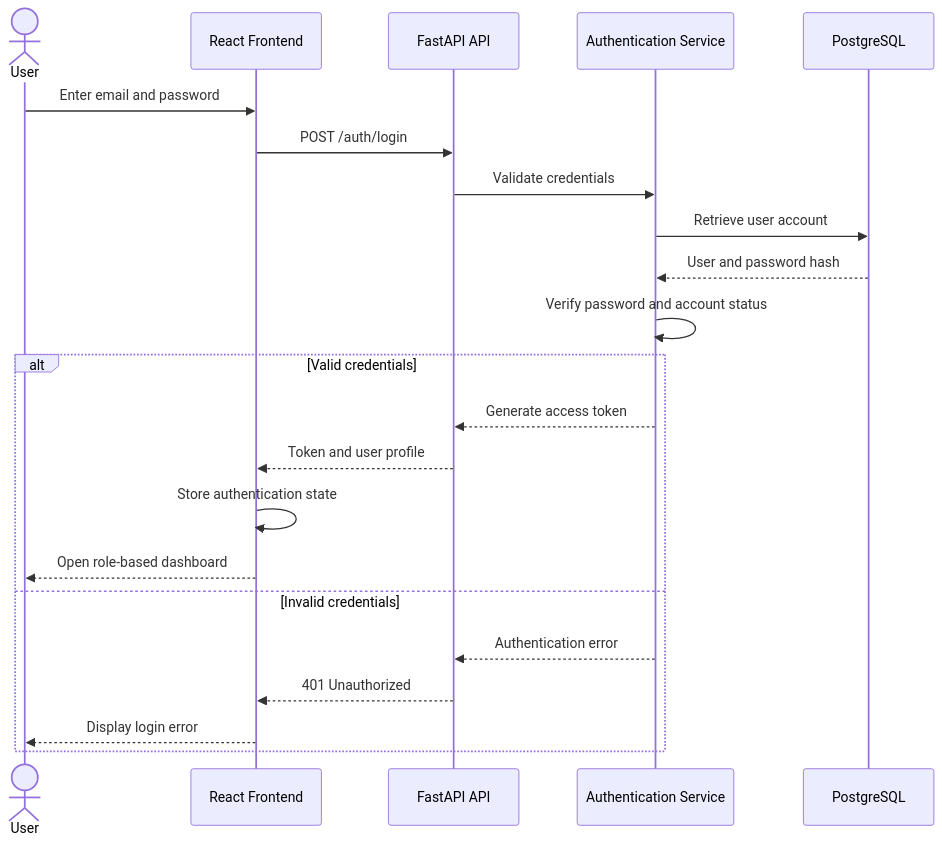
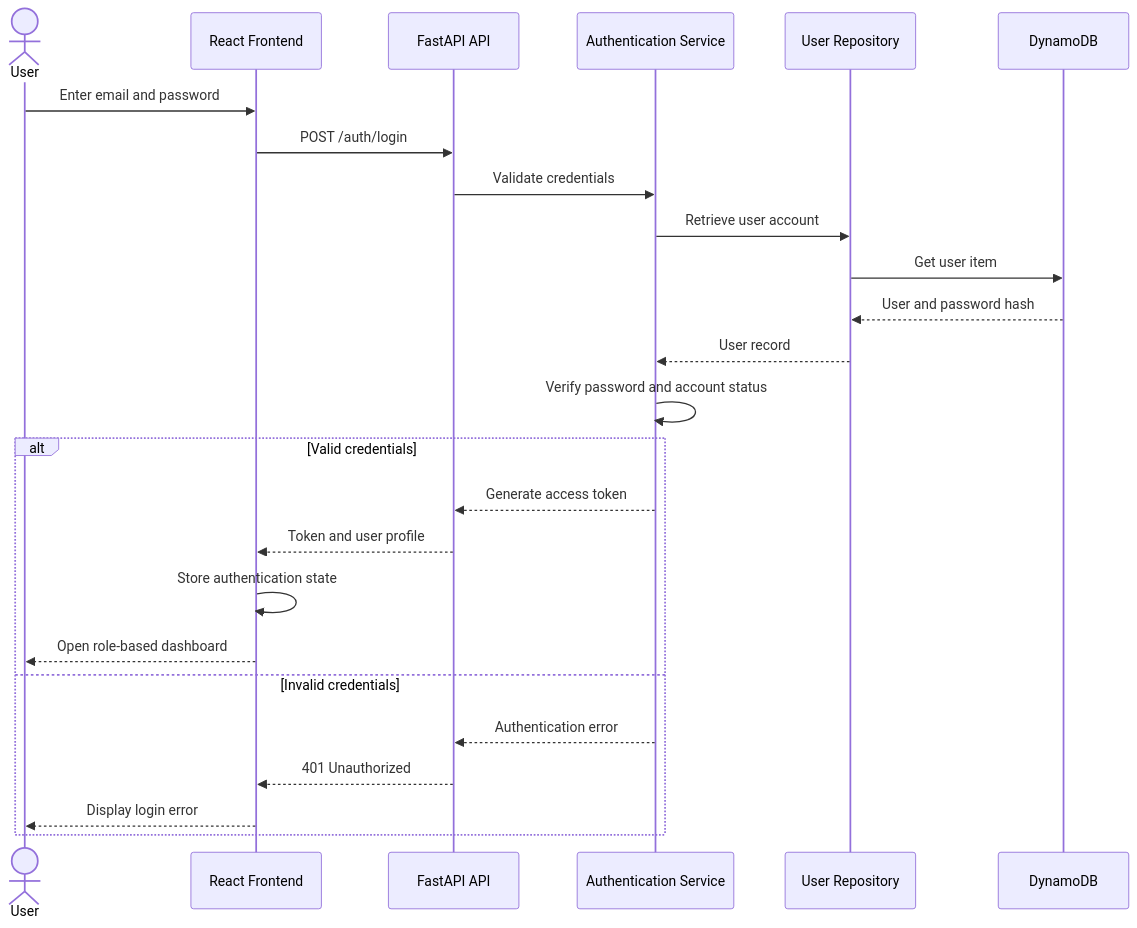
The second of 7 diagrams in docs/19-system-design.md (SS-Munna/CourseReg-wa), drawn with Mermaid before and after one commit. The commit also changed other lines of this file and 9 other files, not shown here.

````diff
--- a/docs/19-system-design.md
+++ b/docs/19-system-design.md
@@ -554,26 +581,29 @@
 ```mermaid
 sequenceDiagram
     actor User
     participant UI as React Frontend
     participant API as FastAPI API
     participant Auth as Authentication Service
-    participant DB as PostgreSQL
+    participant Repo as User Repository
+    participant DB as DynamoDB
 
     User->>UI: Enter email and password
     UI->>API: POST /auth/login
     API->>Auth: Validate credentials
-    Auth->>DB: Retrieve user account
-    DB-->>Auth: User and password hash
+    Auth->>Repo: Retrieve user account
+    Repo->>DB: Get user item
+    DB-->>Repo: User and password hash
+    Repo-->>Auth: User record
     Auth->>Auth: Verify password and account status
 
     alt Valid credentials
         Auth-->>API: Generate access token
         API-->>UI: Token and user profile
         UI->>UI: Store authentication state
         UI-->>User: Open role-based dashboard
     else Invalid credentials
         Auth-->>API: Authentication error
         API-->>UI: 401 Unauthorized
         UI-->>User: Display login error
     end
 ```
````
